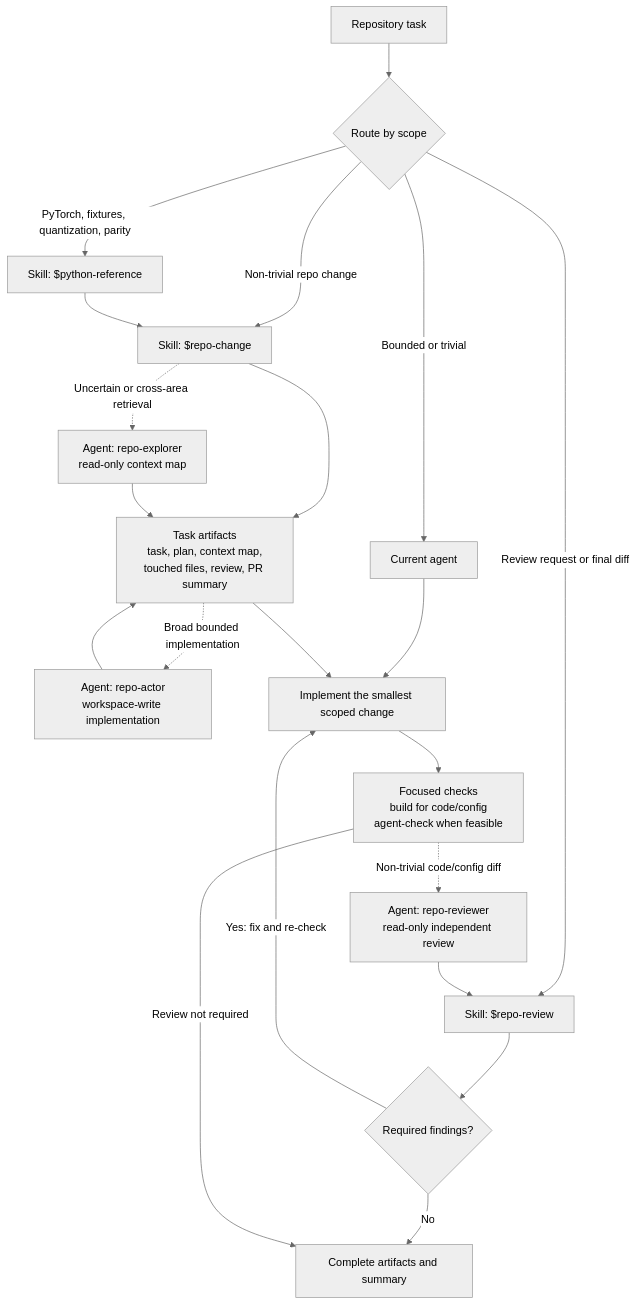
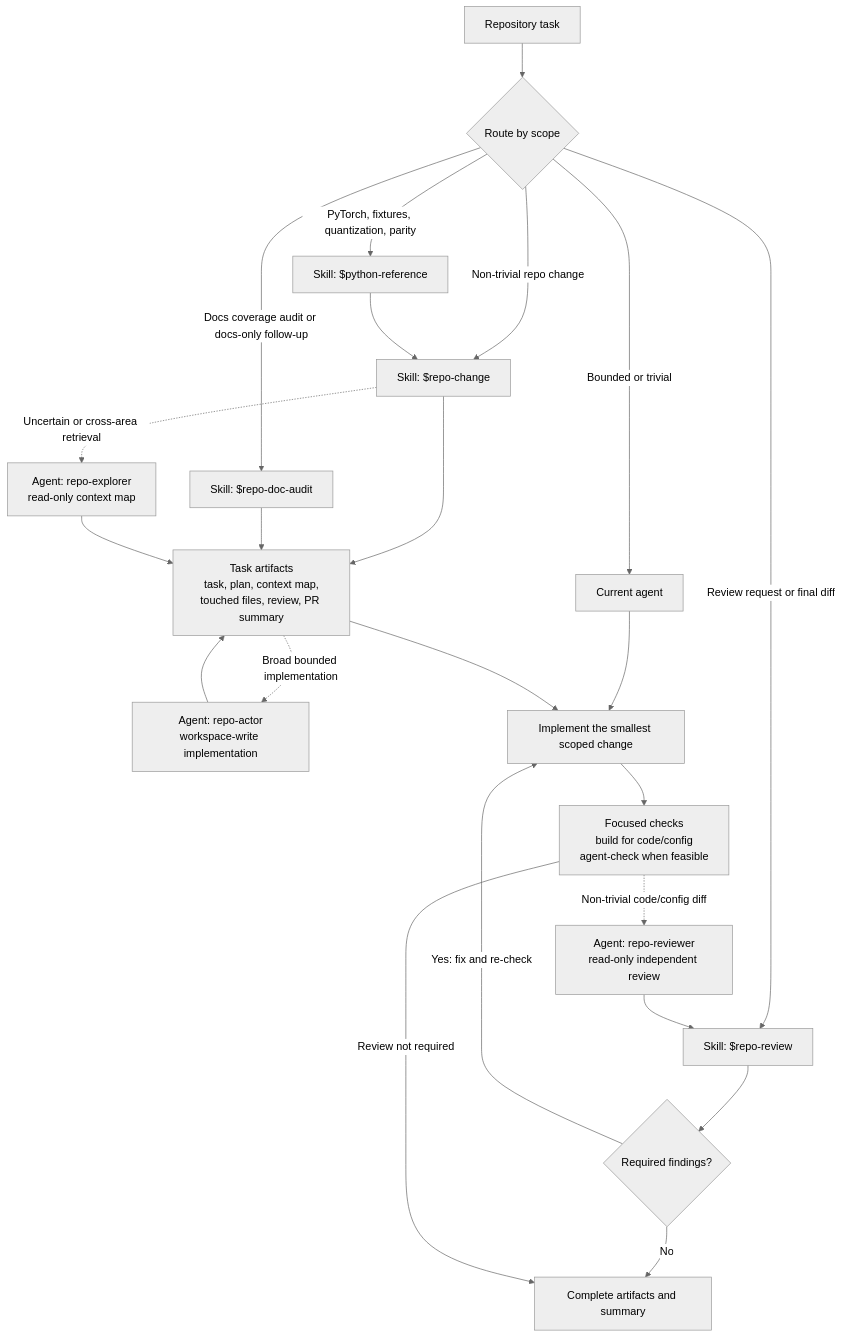
One commit to zioul123/web-style-transfer changed the diagram in README.md. Above: the diagram before and after it, drawn with Mermaid (neutral theme). The commit also changed other lines of this file and 5 other files, not shown here.

Commit message:
feat: add documentation audit skill

````diff
--- a/README.md
+++ b/README.md
@@ -240,28 +242,30 @@
 ```mermaid
 flowchart TD
     request["Repository task"] --> route{"Route by scope"}
 
     route -->|"Bounded or trivial"| local["Current agent"]
     route -->|"Non-trivial repo change"| change["Skill: $repo-change"]
+    route -->|"Docs coverage audit or docs-only follow-up"| docAudit["Skill: $repo-doc-audit"]
     route -->|"PyTorch, fixtures, quantization, parity"| python["Skill: $python-reference"]
     route -->|"Review request or final diff"| reviewSkill["Skill: $repo-review"]
 
     change --> artifacts["Task artifacts<br/>task, plan, context map,<br/>touched files, review, PR summary"]
+    docAudit --> artifacts
     python --> change
 
     change -.->|"Uncertain or cross-area retrieval"| explorer["Agent: repo-explorer<br/>read-only context map"]
     explorer --> artifacts
 
     artifacts -.->|"Broad bounded implementation"| actor["Agent: repo-actor<br/>workspace-write implementation"]
     actor --> artifacts
     local --> implement["Implement the smallest scoped change"]
     artifacts --> implement
 
     implement --> checks["Focused checks<br/>build for code/config<br/>agent-check when feasible"]
     checks -.->|"Non-trivial code/config diff"| reviewer["Agent: repo-reviewer<br/>read-only independent review"]
     reviewer --> reviewSkill
     reviewSkill --> findings{"Required findings?"}
     findings -->|"Yes: fix and re-check"| implement
     findings -->|"No"| finish["Complete artifacts and summary"]
     checks -->|"Review not required"| finish
 ```
````
